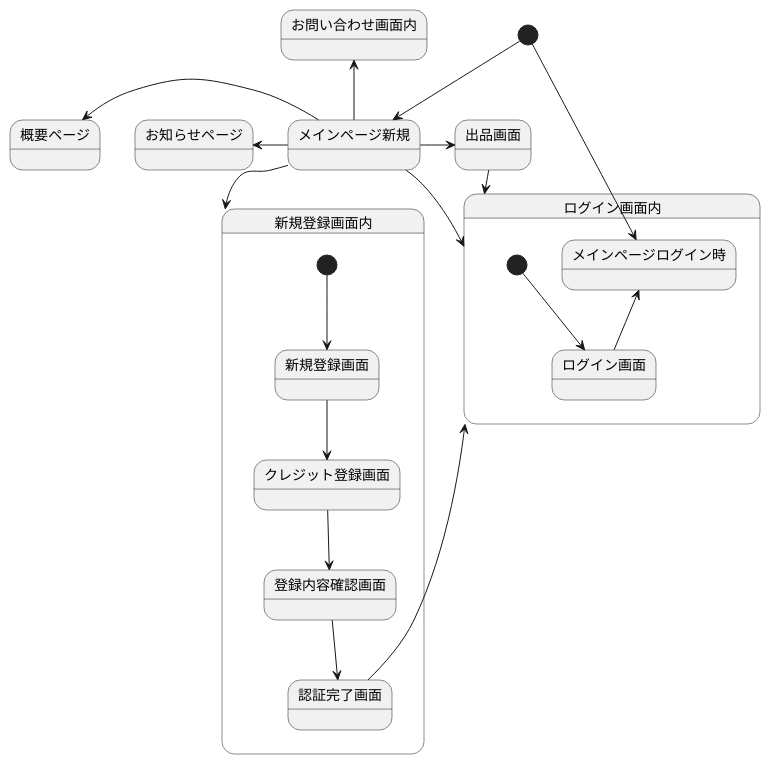
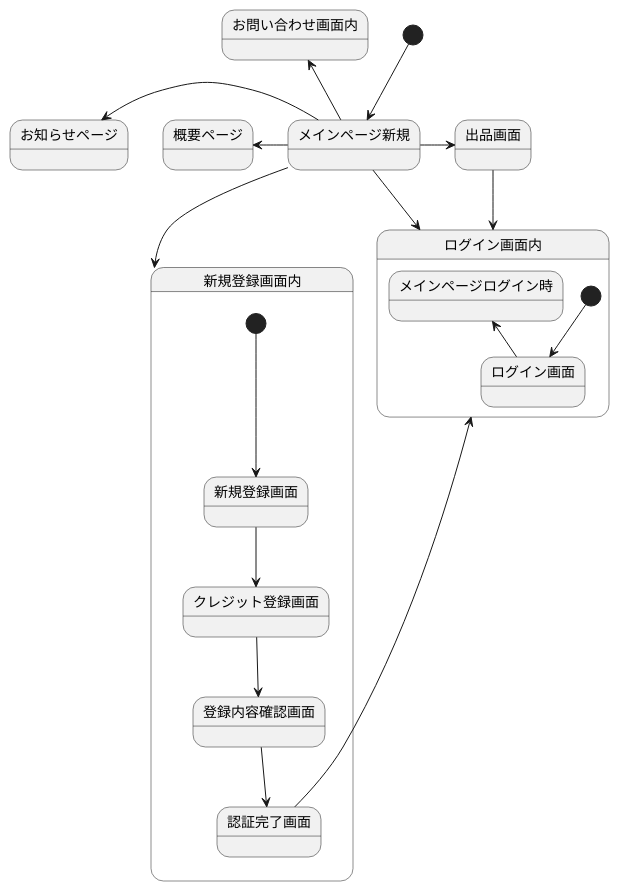
The diagram in 画面遷移図.md (Aso2001147/2021SystemDesign), drawn with PlantUML before and after one commit.

````diff
--- a/画面遷移図.md
+++ b/画面遷移図.md
@@ -1,29 +1,27 @@
 ```uml
 @startuml
 [*] --> メインページ新規
 メインページ新規 -left-> 概要ページ
 メインページ新規 -up-> お問い合わせ画面内
 メインページ新規 -left-> お知らせページ
 メインページ新規 --> ログイン画面内
 メインページ新規 --> 新規登録画面内
 メインページ新規 -> 出品画面
 出品画面 -> ログイン画面内
 
 
 state 新規登録画面内{
 [*] --> 新規登録画面
 新規登録画面 -down-> クレジット登録画面
 クレジット登録画面 -down-> 登録内容確認画面
 登録内容確認画面 -down-> 認証完了画面
 認証完了画面 -up-> ログイン画面内
 }
 
 state ログイン画面内{
 [*] -down-> ログイン画面
 ログイン画面 -up-> メインページログイン時
 }
 
-[*] --> メインページログイン時
-
 @enduml
 ```
````
